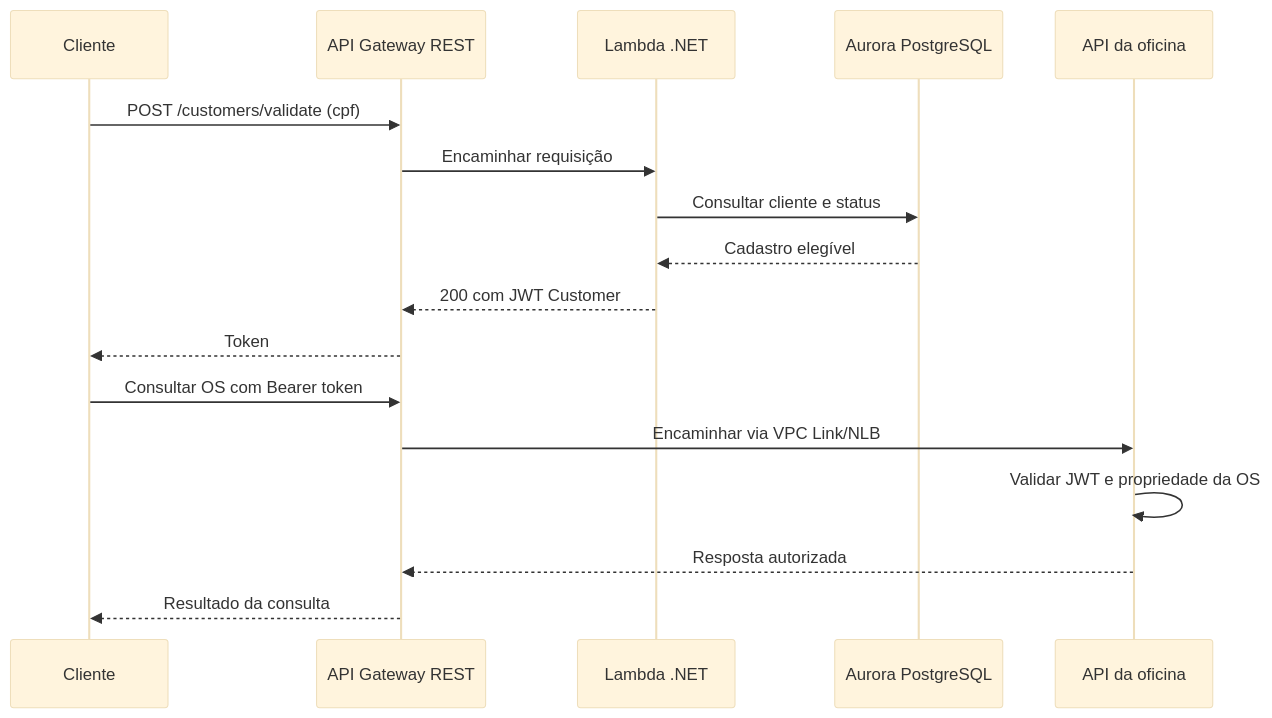
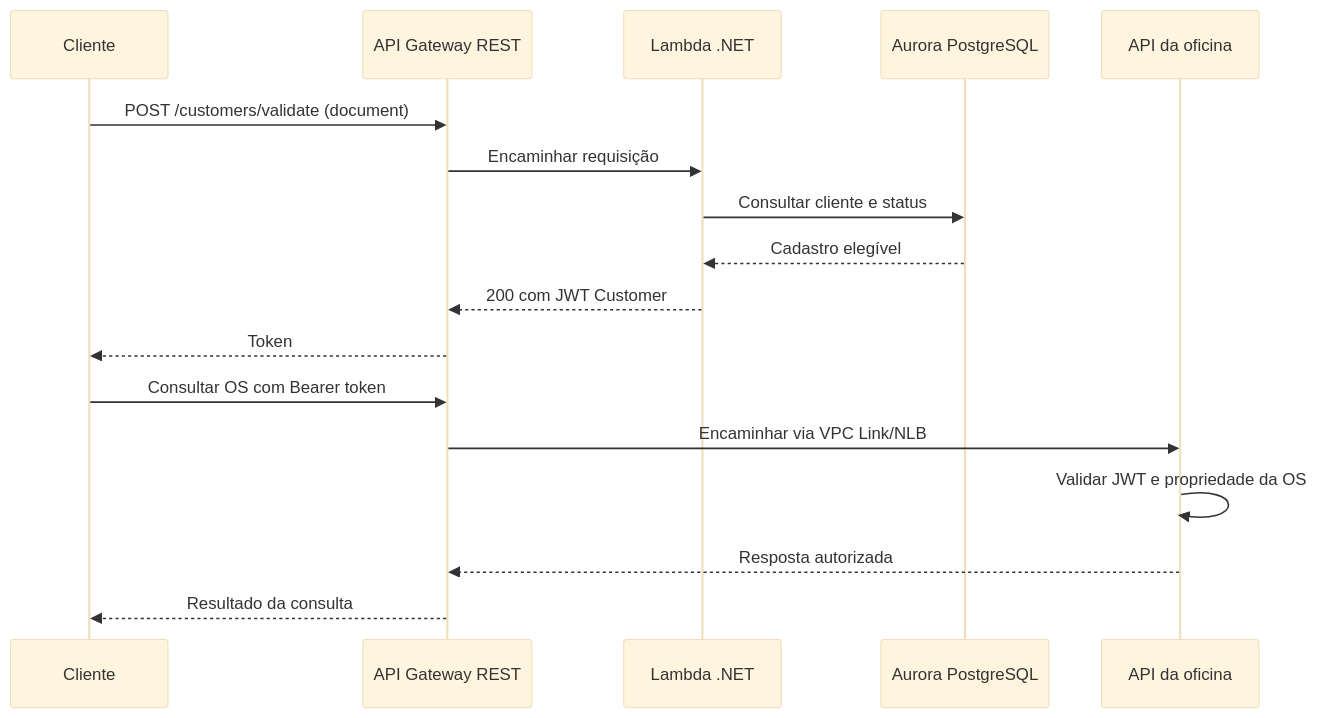
Before and after one commit to pknfelps/GerenciamentoMecanicaAutenticacao: the diagram in README.md, drawn with Mermaid (base theme). The commit also changed other lines of this file and 8 other files, not shown here.

````diff
--- a/README.md
+++ b/README.md
@@ -19,19 +19,19 @@
 ```mermaid
 sequenceDiagram
     participant C as Cliente
     participant G as API Gateway REST
     participant L as Lambda .NET
     participant B as Aurora PostgreSQL
     participant A as API da oficina
-    C->>G: POST /customers/validate (cpf)
+    C->>G: POST /customers/validate (document)
     G->>L: Encaminhar requisição
     L->>B: Consultar cliente e status
     B-->>L: Cadastro elegível
     L-->>G: 200 com JWT Customer
     G-->>C: Token
     C->>G: Consultar OS com Bearer token
     G->>A: Encaminhar via VPC Link/NLB
     A->>A: Validar JWT e propriedade da OS
     A-->>G: Resposta autorizada
     G-->>C: Resultado da consulta
 ```
````
